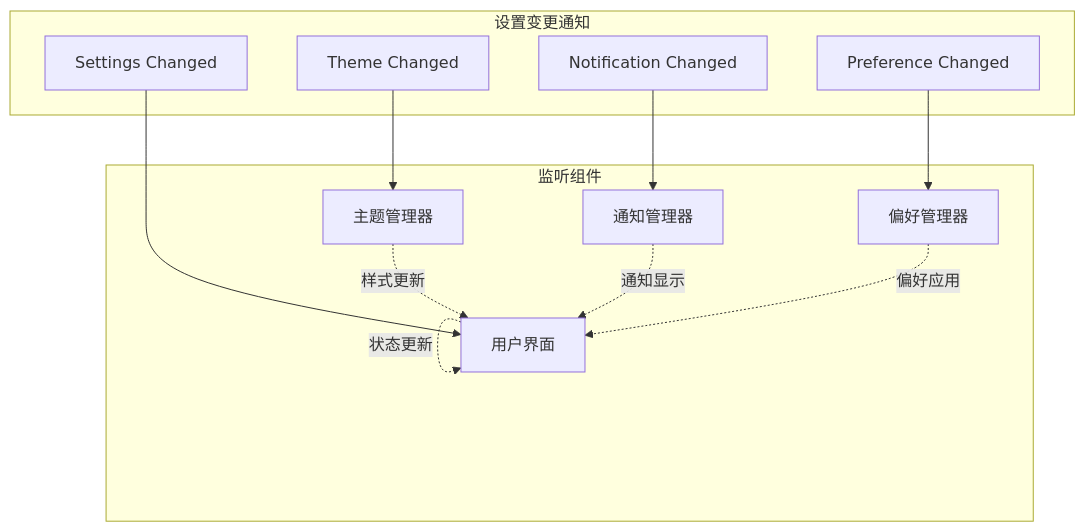
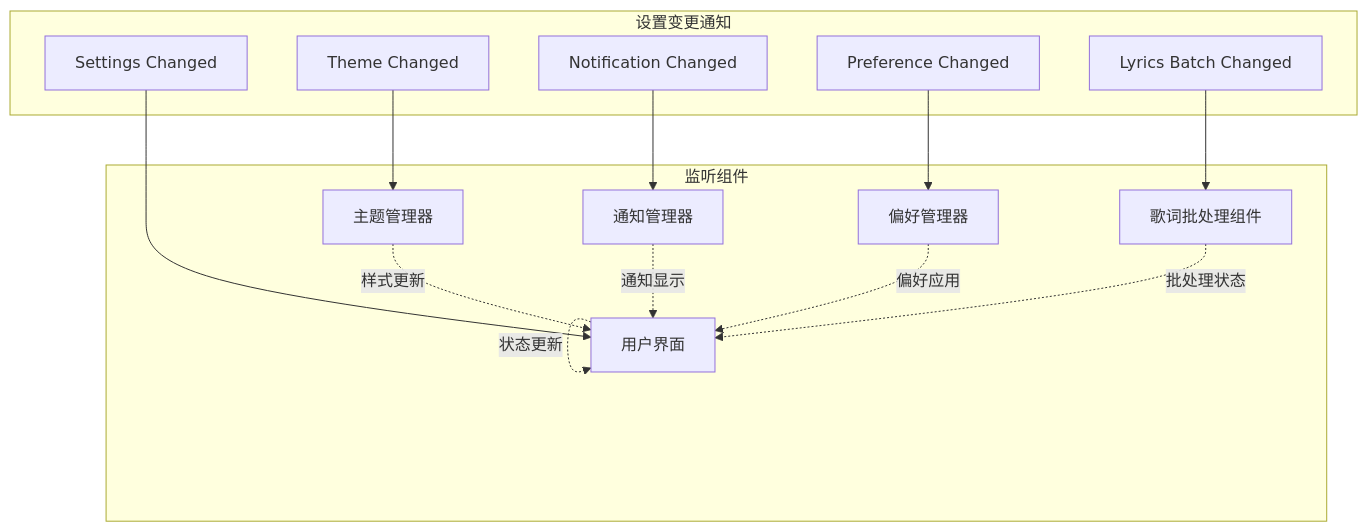
One commit to SeakyLuo/SMPlayerElectron changed the tenth of 13 diagrams in .qoder/repowiki/zh/content/用户界面/页面设计/专用页面组件/设置页面.md. Above: the diagram before and after it, drawn with Mermaid. The commit also changed other lines of this file and 13 other files, not shown here.

````diff
--- a/.qoder/repowiki/zh/content/用户界面/页面设计/专用页面组件/设置页面.md
+++ b/.qoder/repowiki/zh/content/用户界面/页面设计/专用页面组件/设置页面.md
@@ -404,23 +493,27 @@
 ```mermaid
 graph TD
 subgraph "设置变更通知"
 SC[Settings Changed]
 TC[Theme Changed]
 NC[Notification Changed]
 PC[Preference Changed]
+LBC[Lyrics Batch Changed]
 end
 subgraph "监听组件"
 UI[用户界面]
 TM[主题管理器]
 NM[通知管理器]
 PM[偏好管理器]
+LBCComp[歌词批处理组件]
 end
 SC --> UI
 TC --> TM
 NC --> NM
 PC --> PM
+LBC --> LBCComp
 UI -.->|状态更新| UI
 TM -.->|样式更新| UI
 NM -.->|通知显示| UI
 PM -.->|偏好应用| UI
+LBCComp -.->|批处理状态| UI
 ```
````
